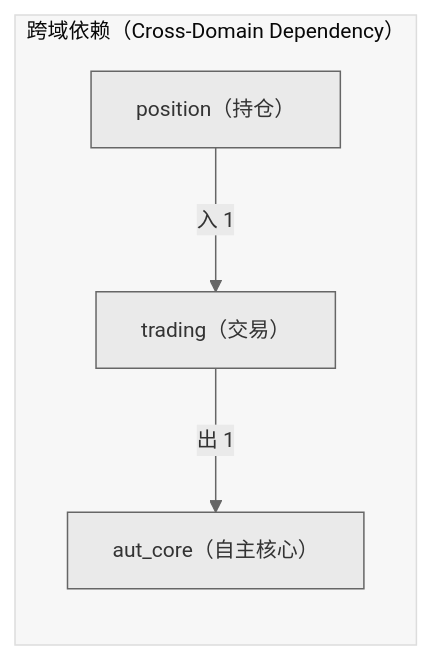
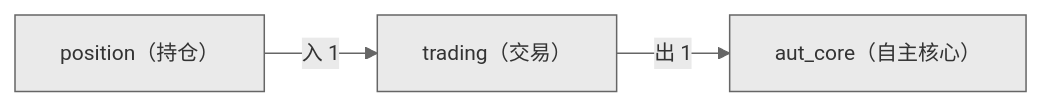
One commit to xuanFelixVan/ZephyrAlpha changed the second of 2 diagrams in docs/02_enterprise_architecture/06_decision_architecture/19_decision_l3_trading.md. Above: the diagram before and after it, drawn with Mermaid. The commit also changed other lines of this file and 23 other files, not shown here.

First line of the commit message:
fix(decision-diagram): 去掉 subgraph + 加 secondaryColor 修复节点白色

````diff
--- a/docs/02_enterprise_architecture/06_decision_architecture/19_decision_l3_trading.md
+++ b/docs/02_enterprise_architecture/06_decision_architecture/19_decision_l3_trading.md
@@ -120,11 +120,9 @@
 ```mermaid
-%%{init: {'theme': 'base', 'themeVariables': {'primaryColor': '#eaeaea', 'primaryTextColor': '#333333', 'primaryBorderColor': '#666666', 'lineColor': '#666666', 'fontSize': '14px'}}}%%
+%%{init: {'theme': 'base', 'themeVariables': {'primaryColor': '#eaeaea', 'primaryTextColor': '#333333', 'primaryBorderColor': '#666666', 'lineColor': '#666666', 'secondaryColor': '#eaeaea', 'tertiaryColor': '#eaeaea', 'fontSize': '14px'}}}%%
 flowchart LR
-    subgraph cd_sg["跨域依赖（Cross-Domain Dependency）"]
-        SELF["trading（交易）"]
-        EXT_aut_core["aut_core（自主核心）"]
-        SELF -->|出 1| EXT_aut_core
-        EXT_position["position（持仓）"]
-        EXT_position -->|入 1| SELF
-    end
+    SELF["trading（交易）"]
+    EXT_aut_core["aut_core（自主核心）"]
+    SELF -->|出 1| EXT_aut_core
+    EXT_position["position（持仓）"]
+    EXT_position -->|入 1| SELF
 ```
````
